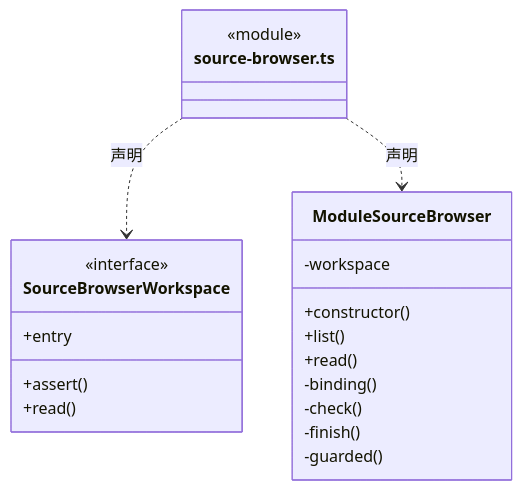
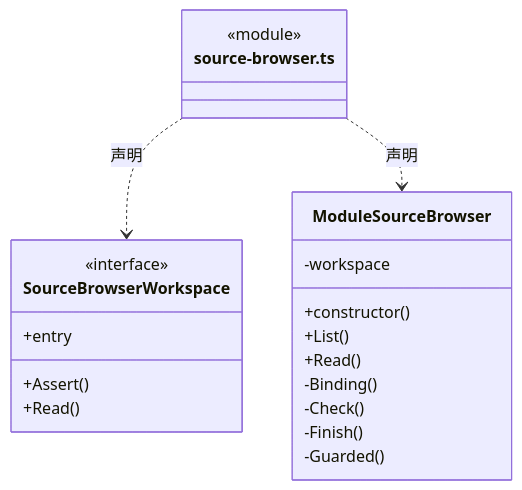
One commit to nan023062/cbim changed the seventh of 12 diagrams in src/logic/workspace/service/ARCHITECTURE.md. Above: the diagram before and after it, drawn with Mermaid. The commit also changed other lines of this file and 1035 other files, not shown here.

````diff
--- a/src/logic/workspace/service/ARCHITECTURE.md
+++ b/src/logic/workspace/service/ARCHITECTURE.md
@@ -169,24 +169,24 @@
 ```mermaid
 classDiagram
 class N_src_logic_workspace_service_source_browser_ts["source-browser.ts"] {
   <<module>>
 }
 class N_src_logic_workspace_service_source_browser_ts_SourceBrowserWorkspace["SourceBrowserWorkspace"] {
   <<interface>>
   +entry
-  +assert()
-  +read()
+  +Assert()
+  +Read()
 }
 N_src_logic_workspace_service_source_browser_ts ..> N_src_logic_workspace_service_source_browser_ts_SourceBrowserWorkspace : 声明
 class N_src_logic_workspace_service_source_browser_ts_ModuleSourceBrowser["ModuleSourceBrowser"] {
   +constructor()
-  +list()
-  +read()
+  +List()
+  +Read()
   -workspace
-  -binding()
-  -check()
-  -finish()
-  -guarded()
+  -Binding()
+  -Check()
+  -Finish()
+  -Guarded()
 }
 N_src_logic_workspace_service_source_browser_ts ..> N_src_logic_workspace_service_source_browser_ts_ModuleSourceBrowser : 声明
 ```
````
